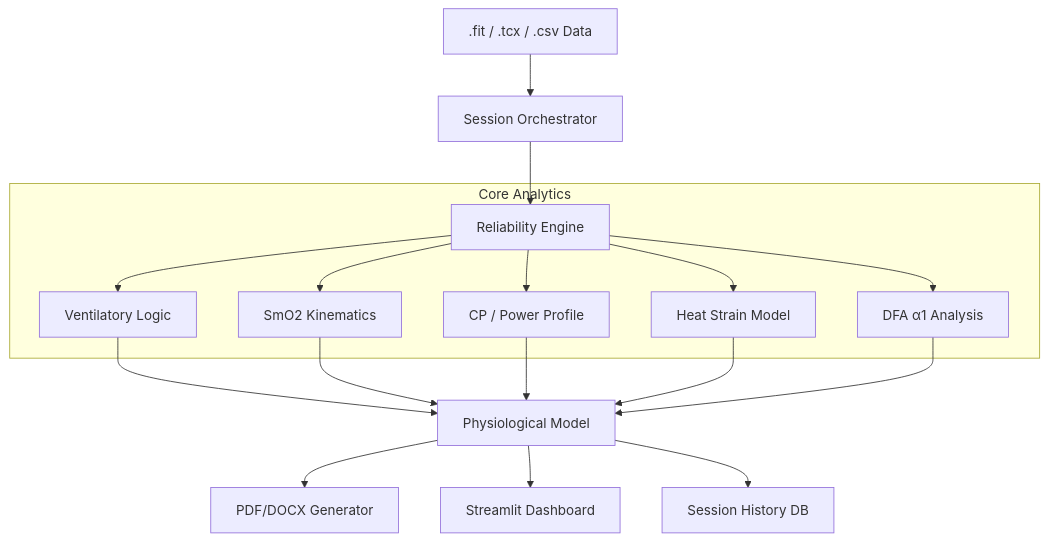
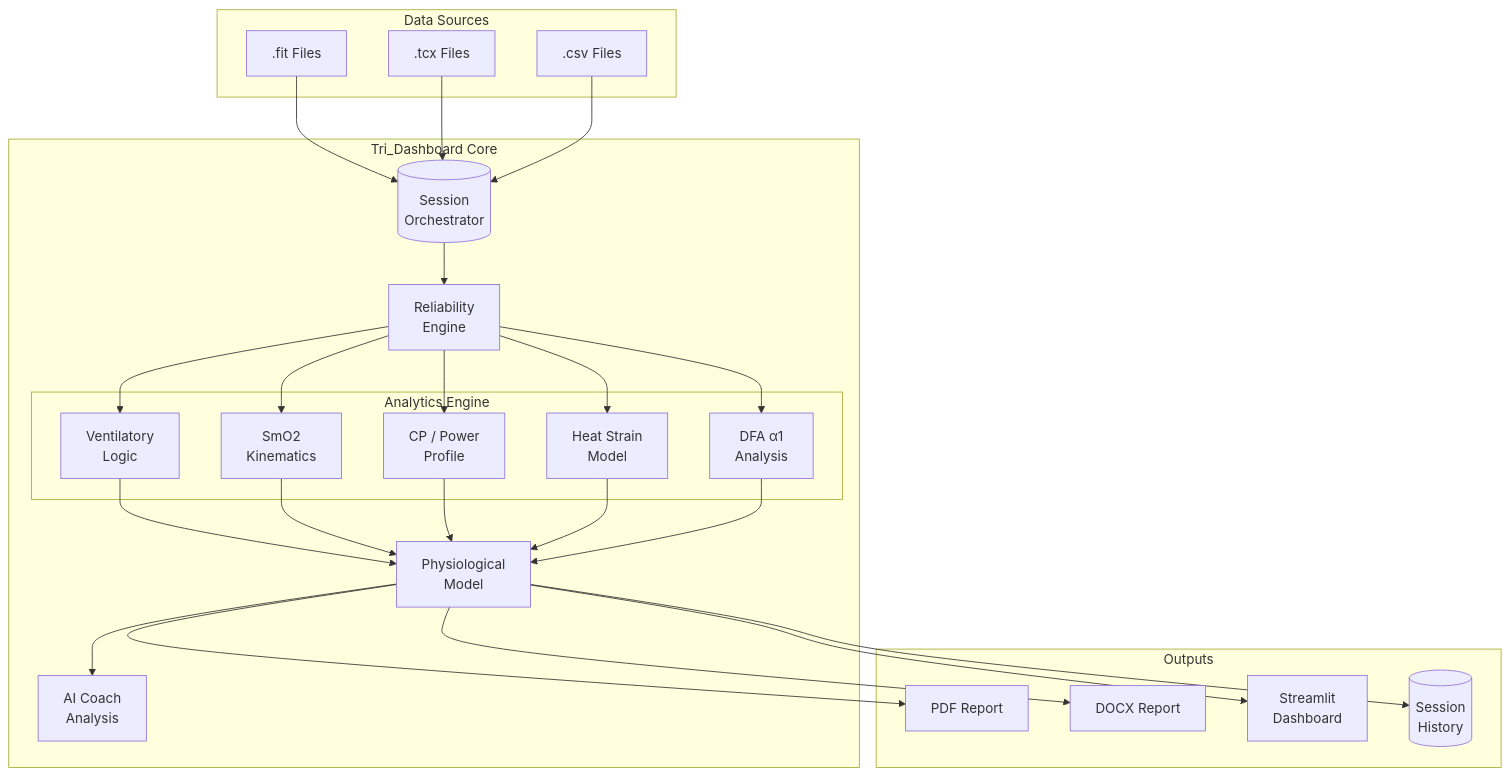
One commit to WielkiKrzych/Tri_Dashboard changed the diagram in README.md. Above: the diagram before and after it, drawn with Mermaid. The commit also changed other lines of this file, not shown here.

First line of the commit message:
docs: Update README with modern GitHub-style graphics

````diff
--- a/README.md
+++ b/README.md
@@ -158,18 +98,38 @@
 ```mermaid
-graph TD
-    Data[".fit / .tcx / .csv Data"] --> Orchestrator["Session Orchestrator"]
-    Orchestrator --> Quality["Reliability Engine"]
-    
-    subgraph "Core Analytics"
-        Quality --> VT["Ventilatory Logic"]
-        Quality --> NIRS["SmO2 Kinematics"]
-        Quality --> PDC["CP / Power Profile"]
-        Quality --> Thermal["Heat Strain Model"]
-        Quality --> HRV["DFA α1 Analysis"]
+flowchart TD
+    subgraph "Data Sources"
+        FIT[".fit Files"]
+        TCX[".tcx Files"]
+        CSV[".csv Files"]
     end
     
-    VT & NIRS & PDC & Thermal & HRV --> Model["Physiological Model"]
-    Model --> Report["PDF/DOCX Generator"]
-    Model --> UI["Streamlit Dashboard"]
-    Model --> Archive["Session History DB"]
+    subgraph "Tri_Dashboard Core"
+        Orch[("Session<br/>Orchestrator")]
+        Quality["Reliability<br/>Engine"]
+        
+        subgraph "Analytics Engine"
+            Vent[Ventilatory<br/>Logic]
+            NIRS[SmO2<br/>Kinematics]
+            PDC[CP / Power<br/>Profile]
+            Thermal[Heat Strain<br/>Model]
+            HRV[DFA α1<br/>Analysis]
+        end
+        
+        Model["Physiological<br/>Model"]
+        AI["AI Coach<br/>Analysis"]
+    end
+    
+    subgraph "Outputs"
+        PDF[PDF Report]
+        DOCX[DOCX Report]
+        UI[Streamlit<br/>Dashboard]
+        DB[(Session<br/>History)]
+    end
+    
+    FIT & TCX & CSV --> Orch
+    Orch --> Quality
+    Quality --> Vent & NIRS & PDC & Thermal & HRV
+    Vent & NIRS & PDC & Thermal & HRV --> Model
+    Model --> AI
+    Model --> PDF & DOCX & UI & DB
 ```
````
